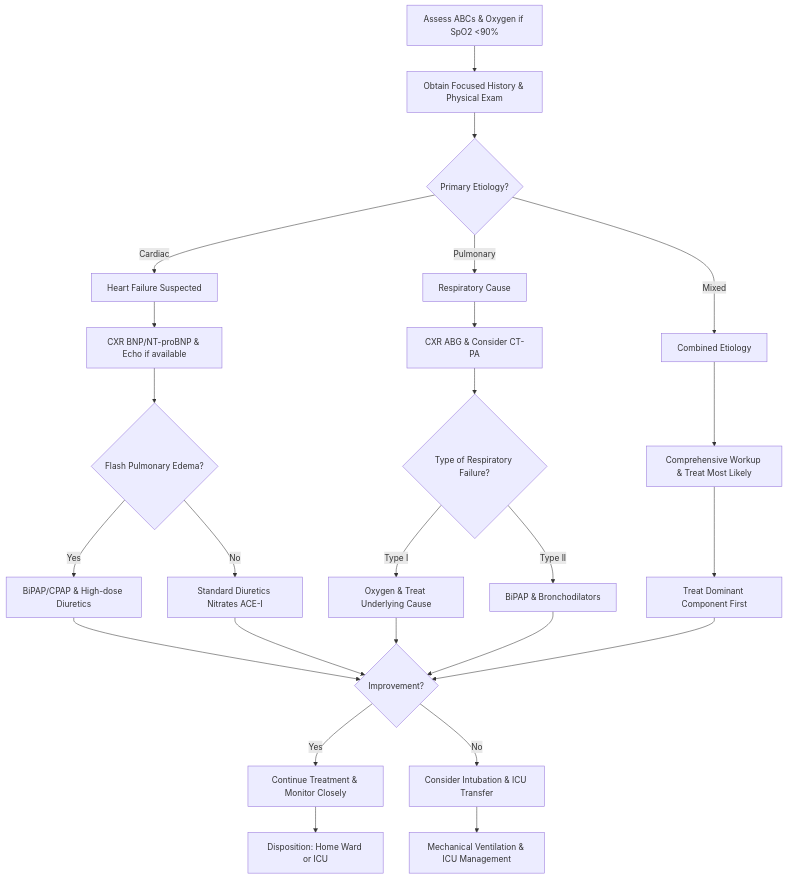
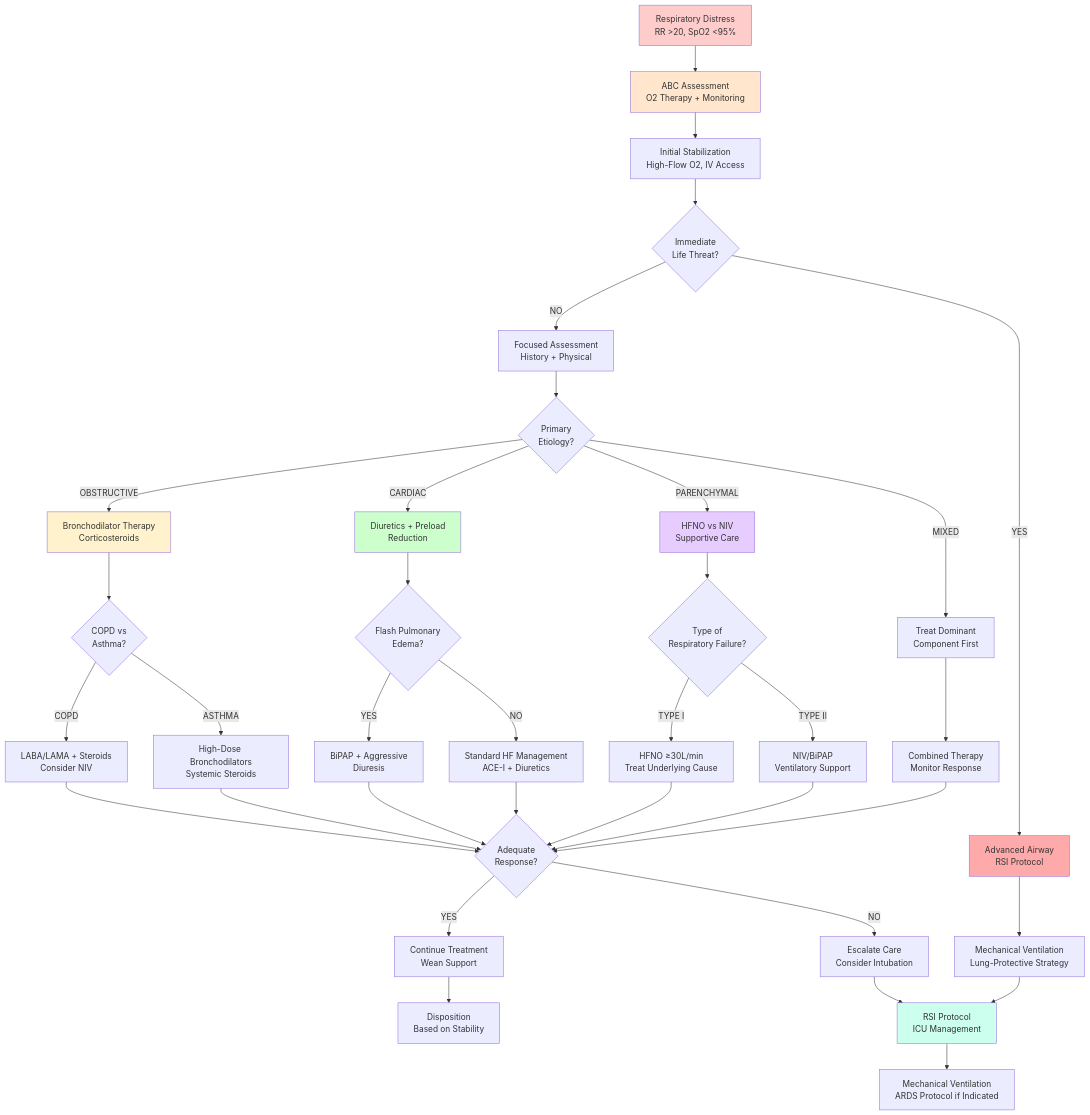
One commit to bhavenmurji/RapidResponseCentral changed the diagram in Assets/RapidResponseCentralDocumentationVault/Protocols/RRTs/Shortness of Breath.md. Above: the diagram before and after it, drawn with Mermaid. The commit also changed other lines of this file and 6438 other files, not shown here.

````diff
--- a/Assets/RapidResponseCentralDocumentationVault/Protocols/RRTs/Shortness of Breath.md
+++ b/Assets/RapidResponseCentralDocumentationVault/Protocols/RRTs/Shortness of Breath.md
@@ -116,49 +12,57 @@
-```mermaid
+~~~mermaid
 graph TD
-    A[Assess ABCs & Oxygen if SpO2 <90%]
-    B[Obtain Focused History & Physical Exam]
-    C{Primary Etiology?}
-    D[Heart Failure Suspected]
-    E[Respiratory Cause]
-    F[Combined Etiology]
-    G[CXR BNP/NT-proBNP & Echo if available]
-    H[CXR ABG & Consider CT-PA]
-    I[Comprehensive Workup & Treat Most Likely]
-    J{Flash Pulmonary Edema?}
-    K[BiPAP/CPAP & High-dose Diuretics]
-    L[Standard Diuretics Nitrates ACE-I]
-    M{Type of Respiratory Failure?}
-    N[Oxygen & Treat Underlying Cause]
-    O[BiPAP & Bronchodilators]
-    P{Improvement?}
-    Q[Continue Treatment & Monitor Closely]
-    R[Consider Intubation & ICU Transfer]
-    S[Treat Dominant Component First]
-    T[Disposition: Home Ward or ICU]
-    U[Mechanical Ventilation & ICU Management]
-
-    A --> B
-    B --> C
-    C -- Cardiac --> D
-    C -- Pulmonary --> E
-    C -- Mixed --> F
-    D --> G
-    E --> H
-    F --> I
-    G --> J
-    H --> M
-    I --> S
-    J -- Yes --> K
-    J -- No --> L
-    M -- "Type I" --> N
-    M -- "Type II" --> O
-    K --> P
-    L --> P
-    N --> P
-    O --> P
-    P -- Yes --> Q
-    P -- No --> R
-    S --> P
-    Q --> T
-    R --> U
-```
+    A["Respiratory Distress<br/>RR >20, SpO2 <95%"] --> B["ABC Assessment<br/>O2 Therapy + Monitoring"]
+    
+    B --> C["Initial Stabilization<br/>High-Flow O2, IV Access"]
+    
+    C --> D{"Immediate<br/>Life Threat?"}
+    
+    D -->|YES| E["Advanced Airway<br/>RSI Protocol"]
+    D -->|NO| F["Focused Assessment<br/>History + Physical"]
+    
+    E --> G["Mechanical Ventilation<br/>Lung-Protective Strategy"]
+    F --> H{"Primary<br/>Etiology?"}
+    
+    H -->|OBSTRUCTIVE| I["Bronchodilator Therapy<br/>Corticosteroids"]
+    H -->|CARDIAC| J["Diuretics + Preload<br/>Reduction"]
+    H -->|PARENCHYMAL| K["HFNO vs NIV<br/>Supportive Care"]
+    H -->|MIXED| L["Treat Dominant<br/>Component First"]
+    
+    I --> M{"COPD vs<br/>Asthma?"}
+    J --> N{"Flash Pulmonary<br/>Edema?"}
+    K --> O{"Type of<br/>Respiratory Failure?"}
+    L --> P["Combined Therapy<br/>Monitor Response"]
+    
+    M -->|COPD| Q["LABA/LAMA + Steroids<br/>Consider NIV"]
+    M -->|ASTHMA| R["High-Dose Bronchodilators<br/>Systemic Steroids"]
+    N -->|YES| S["BiPAP + Aggressive<br/>Diuresis"]
+    N -->|NO| T["Standard HF Management<br/>ACE-I + Diuretics"]
+    
+    O -->|"TYPE I"| U["HFNO ≥30L/min<br/>Treat Underlying Cause"]
+    O -->|"TYPE II"| V["NIV/BiPAP<br/>Ventilatory Support"]
+    
+    Q --> W{"Adequate<br/>Response?"}
+    R --> W
+    S --> W
+    T --> W
+    U --> W
+    V --> W
+    P --> W
+    
+    W -->|YES| X["Continue Treatment<br/>Wean Support"]
+    W -->|NO| Y["Escalate Care<br/>Consider Intubation"]
+    
+    X --> Z["Disposition<br/>Based on Stability"]
+    Y --> AA["RSI Protocol<br/>ICU Management"]
+    G --> AA
+    
+    AA --> BB["Mechanical Ventilation<br/>ARDS Protocol if Indicated"]
+    
+    style A fill:#ffcccc
+    style B fill:#ffe6cc
+    style E fill:#ffaaaa
+    style I fill:#fff2cc
+    style J fill:#ccffcc
+    style K fill:#e6ccff
+    style AA fill:#ccffee
+~~~
````
